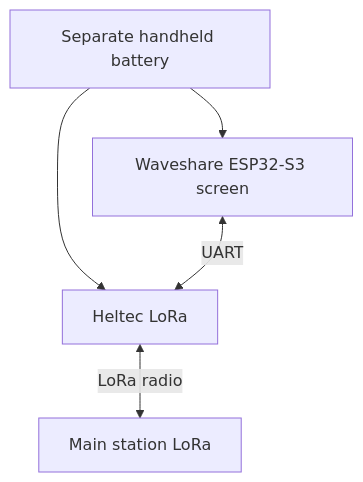
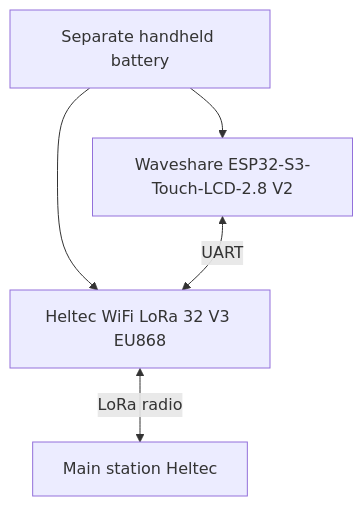
One commit to azoiu/OFFGRID-Field-Station changed the second of 2 diagrams in docs/system-block-diagram.md. Above: the diagram before and after it, drawn with Mermaid. The commit also changed other lines of this file, not shown here.

Commit message:
Update system power diagram

````diff
--- a/docs/system-block-diagram.md
+++ b/docs/system-block-diagram.md
@@ -32,12 +29,7 @@
 ```mermaid
 flowchart TB
-    HBAT["Separate handheld battery"]
-    WAVE["Waveshare ESP32-S3 screen"]
-    LORA["Heltec LoRa"]
-    MAIN["Main station LoRa"]
-
-    HBAT --> WAVE
-    HBAT --> LORA
-    WAVE <-->|"UART"| LORA
-    LORA <-->|"LoRa radio"| MAIN
+    HBAT["Separate handheld battery"] --> WAVE["Waveshare ESP32-S3-Touch-LCD-2.8 V2"]
+    HBAT --> LORA_H["Heltec WiFi LoRa 32 V3 EU868"]
+    WAVE <-->|"UART"| LORA_H
+    LORA_H <-->|"LoRa radio"| LORA_M["Main station Heltec"]
 ```
````
